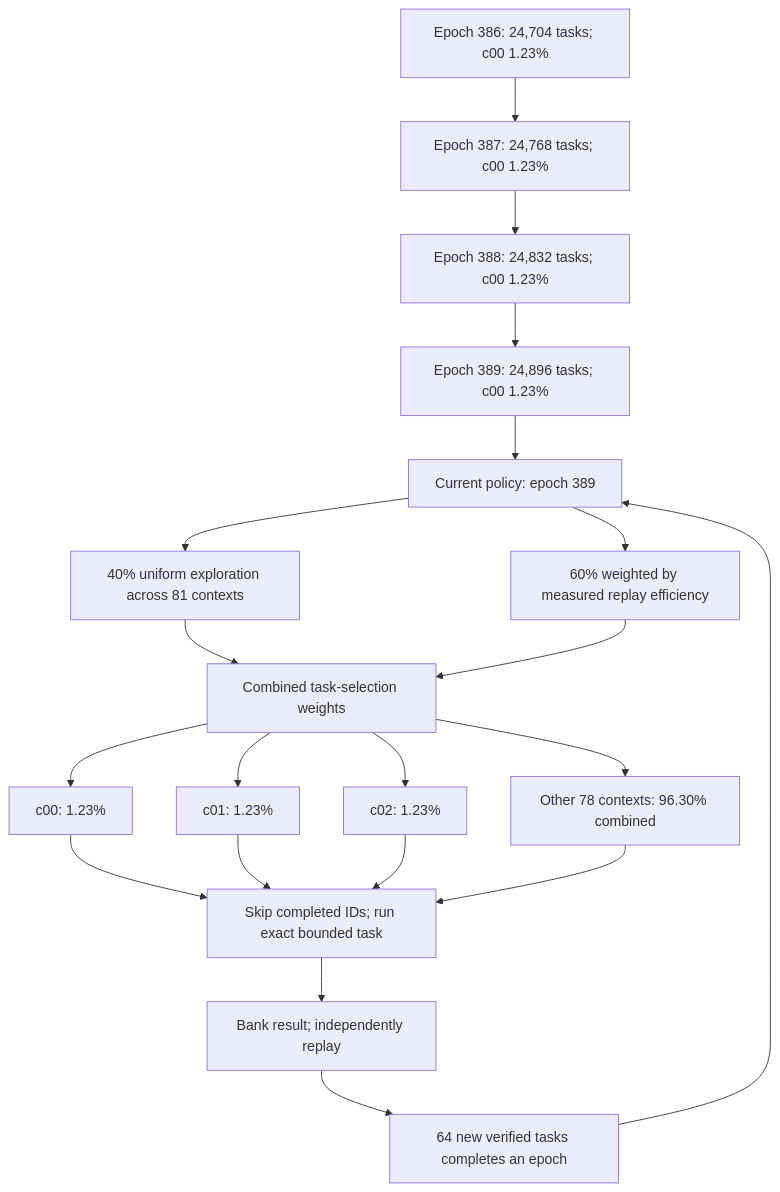
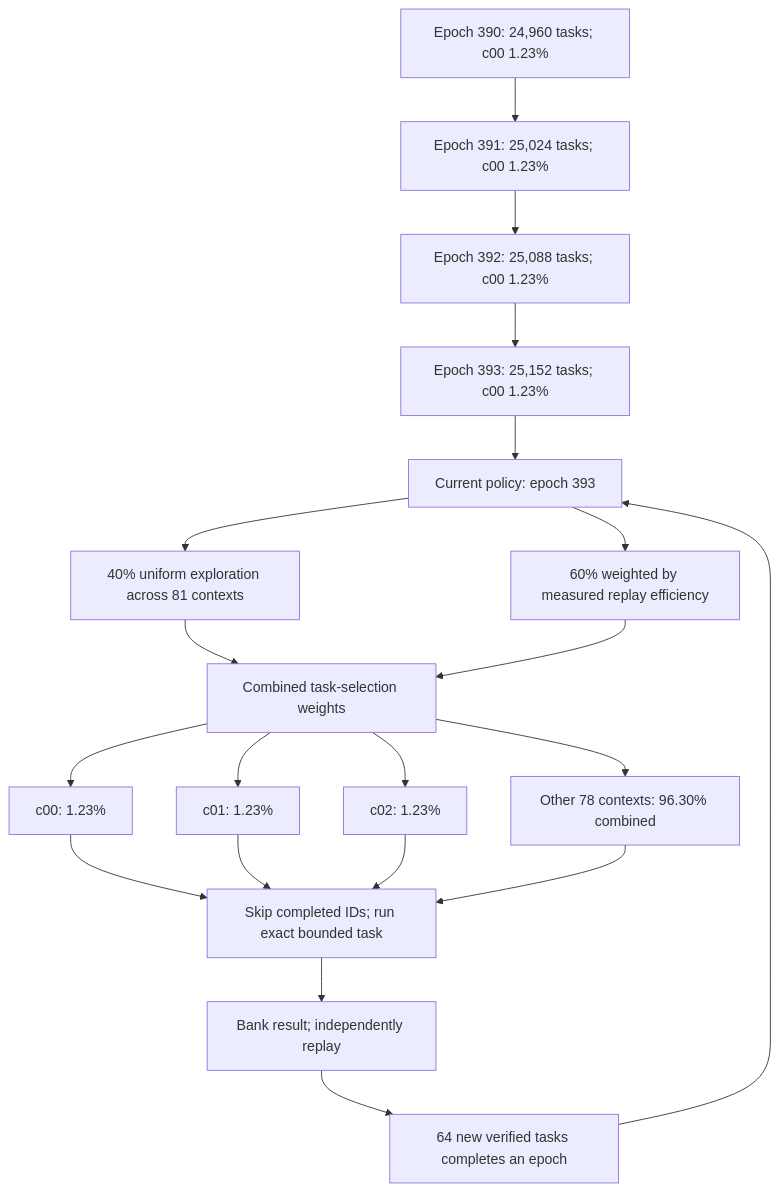
One commit to Kuberwastaken/math-gambling changed the first of 2 diagrams in README.md. Above: the diagram before and after it, drawn with Mermaid. The commit also changed other lines of this file and 600 other files, not shown here.

````diff
--- a/README.md
+++ b/README.md
@@ -49,27 +49,27 @@
 ```mermaid
 flowchart TD
-    H0["Epoch 386: 24,704 tasks; c00 1.23%"]
-    H1["Epoch 387: 24,768 tasks; c00 1.23%"]
+    H0["Epoch 390: 24,960 tasks; c00 1.23%"]
+    H1["Epoch 391: 25,024 tasks; c00 1.23%"]
     H0 --> H1
-    H2["Epoch 388: 24,832 tasks; c00 1.23%"]
+    H2["Epoch 392: 25,088 tasks; c00 1.23%"]
     H1 --> H2
-    H3["Epoch 389: 24,896 tasks; c00 1.23%"]
+    H3["Epoch 393: 25,152 tasks; c00 1.23%"]
     H2 --> H3
-    Policy["Current policy: epoch 389"]
+    Policy["Current policy: epoch 393"]
     H3 --> Policy
     Policy --> Explore["40% uniform exploration across 81 contexts"]
     Policy --> Cost["60% weighted by measured replay efficiency"]
     Explore --> Mix["Combined task-selection weights"]
     Cost --> Mix
     Mix --> C0["c00: 1.23%"]
     Mix --> C1["c01: 1.23%"]
     Mix --> C2["c02: 1.23%"]
     Mix --> Rest["Other 78 contexts: 96.30% combined"]
     C0 --> Check["Skip completed IDs; run exact bounded task"]
     C1 --> Check
     C2 --> Check
     Rest --> Check
     Check --> Replay["Bank result; independently replay"]
     Replay --> Gate["64 new verified tasks completes an epoch"]
     Gate --> Policy
 ```
````
